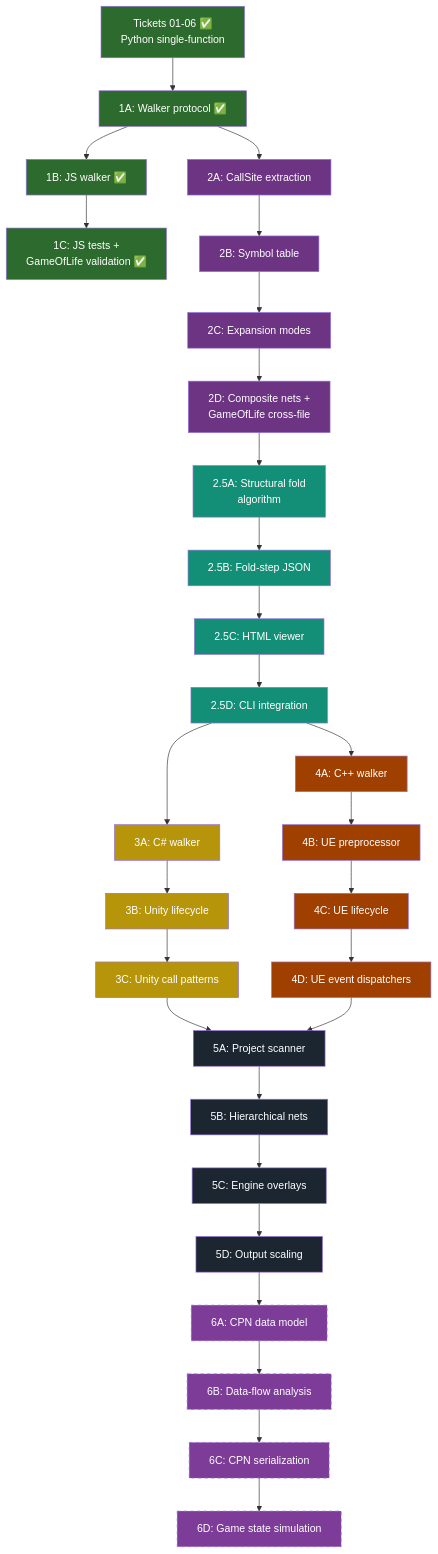
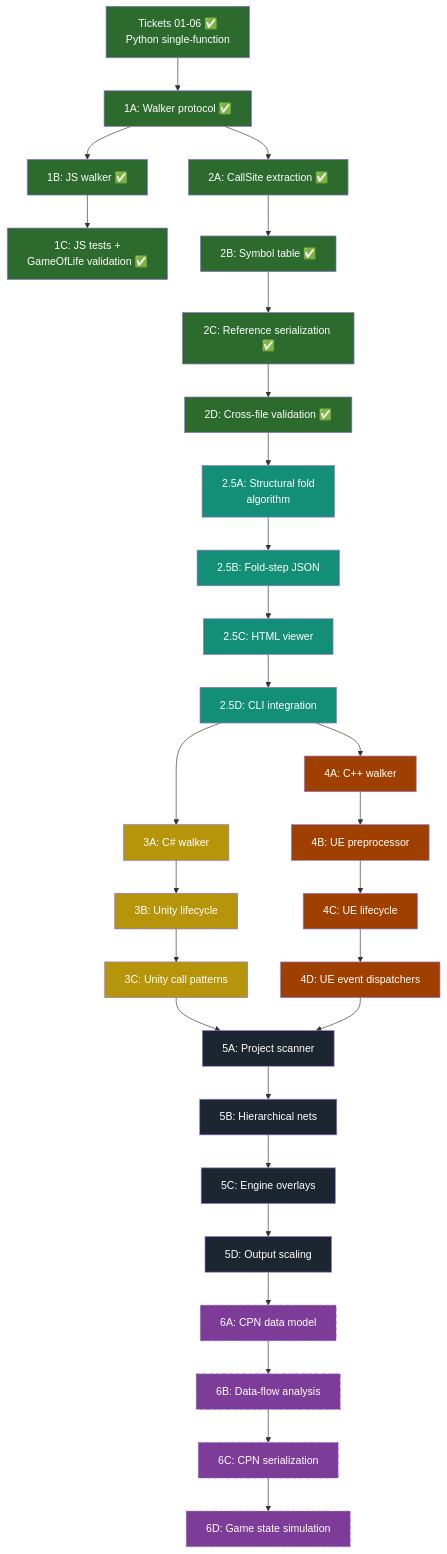
Before and after one commit to ric6121824/code2petri: the second of 2 diagrams in .scratch/code2petri/grand_plan.md, drawn with Mermaid. The commit also changed other lines of this file and 61 other files, not shown here.

Commit message:
docs(code2petri): update codebase summary, grand plan, readme, and regenerated game of life graphs

````diff
--- a/.scratch/code2petri/grand_plan.md
+++ b/.scratch/code2petri/grand_plan.md
@@ -587,64 +604,64 @@
 ```mermaid
 graph TD
     T01["Tickets 01-06 ✅\nPython single-function"] --> P1A["1A: Walker protocol ✅"]
     P1A --> P1B["1B: JS walker ✅"]
     P1B --> P1C["1C: JS tests +\nGameOfLife validation ✅"]
     
-    P1A --> P2A["2A: CallSite extraction"]
-    P2A --> P2B["2B: Symbol table"]
-    P2B --> P2C["2C: Expansion modes"]
-    P2C --> P2D["2D: Composite nets +\nGameOfLife cross-file"]
+    P1A --> P2A["2A: CallSite extraction ✅"]
+    P2A --> P2B["2B: Symbol table ✅"]
+    P2B --> P2C["2C: Reference serialization ✅"]
+    P2C --> P2D["2D: Cross-file validation ✅"]
     
     P2D --> P25A["2.5A: Structural fold\nalgorithm"]
     P25A --> P25B["2.5B: Fold-step JSON"]
     P25B --> P25C["2.5C: HTML viewer"]
     P25C --> P25D["2.5D: CLI integration"]
     
     P25D --> P3A["3A: C# walker"]
     P3A --> P3B["3B: Unity lifecycle"]
     P3B --> P3C["3C: Unity call patterns"]
     
     P25D --> P4A["4A: C++ walker"]
     P4A --> P4B["4B: UE preprocessor"]
     P4B --> P4C["4C: UE lifecycle"]
     P4C --> P4D["4D: UE event dispatchers"]
     
     P3C --> P5A["5A: Project scanner"]
     P4D --> P5A
     P5A --> P5B["5B: Hierarchical nets"]
     P5B --> P5C["5C: Engine overlays"]
     P5C --> P5D["5D: Output scaling"]
     
     P5D --> P6A["6A: CPN data model"]
     P6A --> P6B["6B: Data-flow analysis"]
     P6B --> P6C["6C: CPN serialization"]
     P6C --> P6D["6D: Game state simulation"]
     
     style T01 fill:#2d6a2d,color:#fff
     style P1A fill:#2d6a2d,color:#fff
     style P1B fill:#2d6a2d,color:#fff
     style P1C fill:#2d6a2d,color:#fff
-    style P2A fill:#6c3483,color:#fff
-    style P2B fill:#6c3483,color:#fff
-    style P2C fill:#6c3483,color:#fff
-    style P2D fill:#6c3483,color:#fff
+    style P2A fill:#2d6a2d,color:#fff
+    style P2B fill:#2d6a2d,color:#fff
+    style P2C fill:#2d6a2d,color:#fff
+    style P2D fill:#2d6a2d,color:#fff
     style P25A fill:#148f77,color:#fff
     style P25B fill:#148f77,color:#fff
     style P25C fill:#148f77,color:#fff
     style P25D fill:#148f77,color:#fff
     style P3A fill:#b7950b,color:#fff
     style P3B fill:#b7950b,color:#fff
     style P3C fill:#b7950b,color:#fff
     style P4A fill:#a04000,color:#fff
     style P4B fill:#a04000,color:#fff
     style P4C fill:#a04000,color:#fff
     style P4D fill:#a04000,color:#fff
     style P5A fill:#1b2631,color:#fff
     style P5B fill:#1b2631,color:#fff
     style P5C fill:#1b2631,color:#fff
     style P5D fill:#1b2631,color:#fff
     style P6A fill:#7d3c98,color:#fff,stroke-dasharray: 5 5
     style P6B fill:#7d3c98,color:#fff,stroke-dasharray: 5 5
     style P6C fill:#7d3c98,color:#fff,stroke-dasharray: 5 5
     style P6D fill:#7d3c98,color:#fff,stroke-dasharray: 5 5
 ```
````
